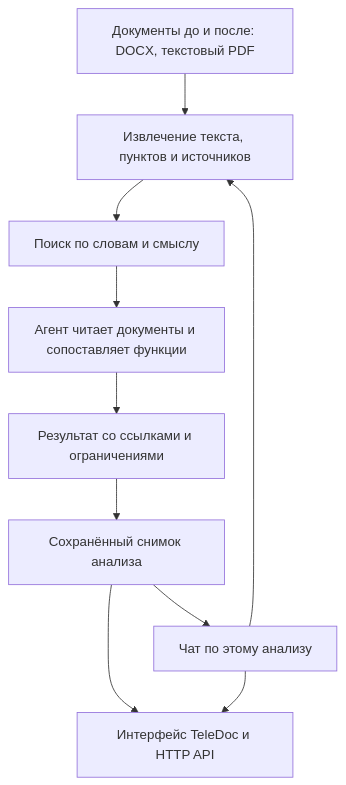
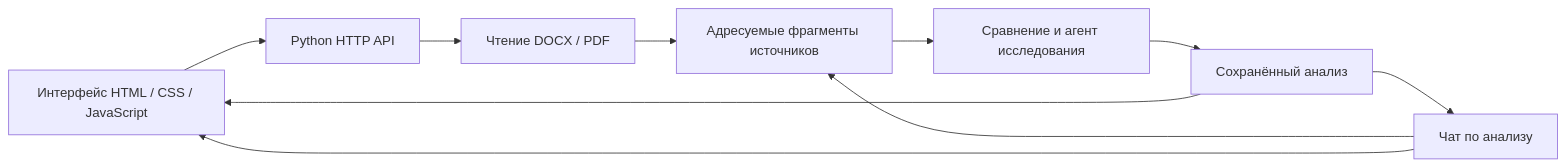
The diagram in README.md (BAITC-Hacks/hack-4411138e-freax), drawn with Mermaid before and after one commit. The commit also changed other lines of this file, not shown here.

Commit message:
docs: present TeleDoc usage architecture and setup

````diff
--- a/README.md
+++ b/README.md
@@ -9,12 +83,12 @@
 ```mermaid
-flowchart TD
-    A[Документы до и после: DOCX, текстовый PDF] --> B[Извлечение текста, пунктов и источников]
-    B --> C[Поиск по словам и смыслу]
-    C --> D[Агент читает документы и сопоставляет функции]
-    D --> E[Результат со ссылками и ограничениями]
-    E --> F[Сохранённый снимок анализа]
-    F --> G[Чат по этому анализу]
-    G --> B
-    F --> H[Интерфейс TeleDoc и HTTP API]
-    G --> H
+flowchart LR
+    A[Интерфейс HTML / CSS / JavaScript] --> B[Python HTTP API]
+    B --> C[Чтение DOCX / PDF]
+    C --> D[Адресуемые фрагменты источников]
+    D --> E[Сравнение и агент исследования]
+    E --> F[Сохранённый анализ]
+    F --> G[Чат по анализу]
+    G --> D
+    F --> A
+    G --> A
 ```
````
